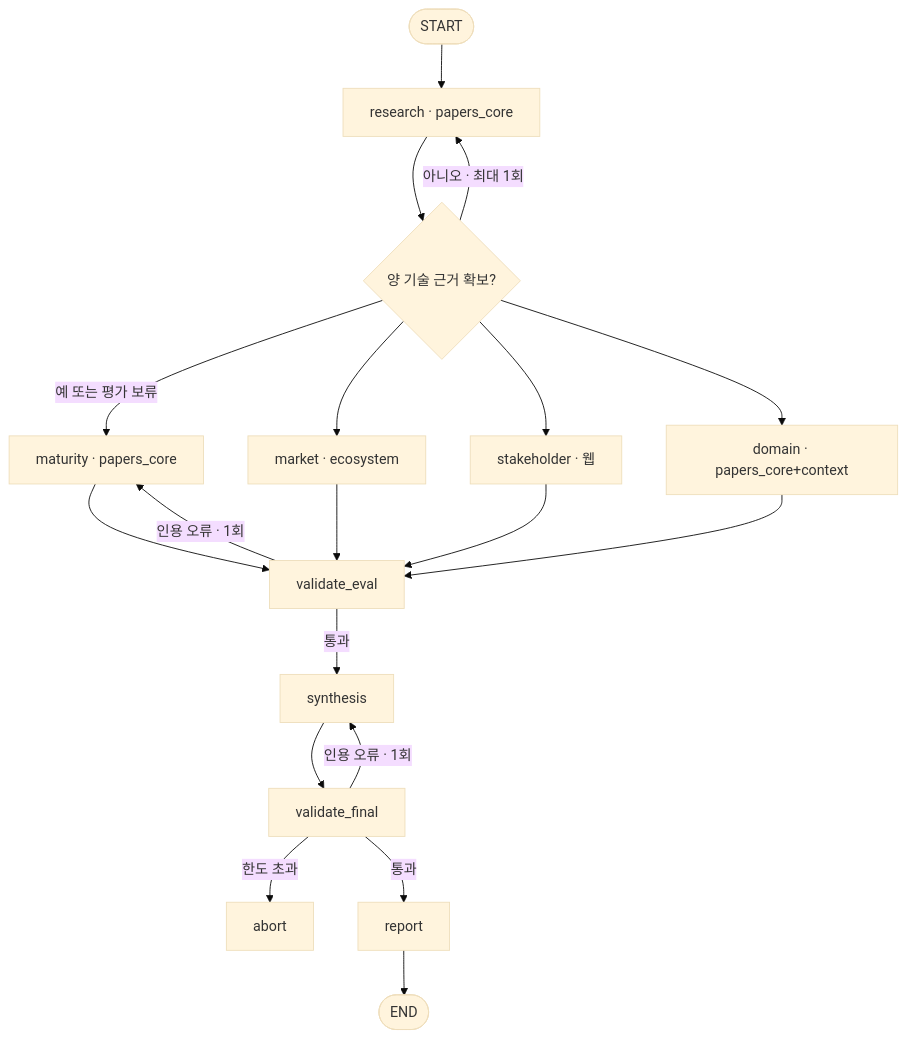
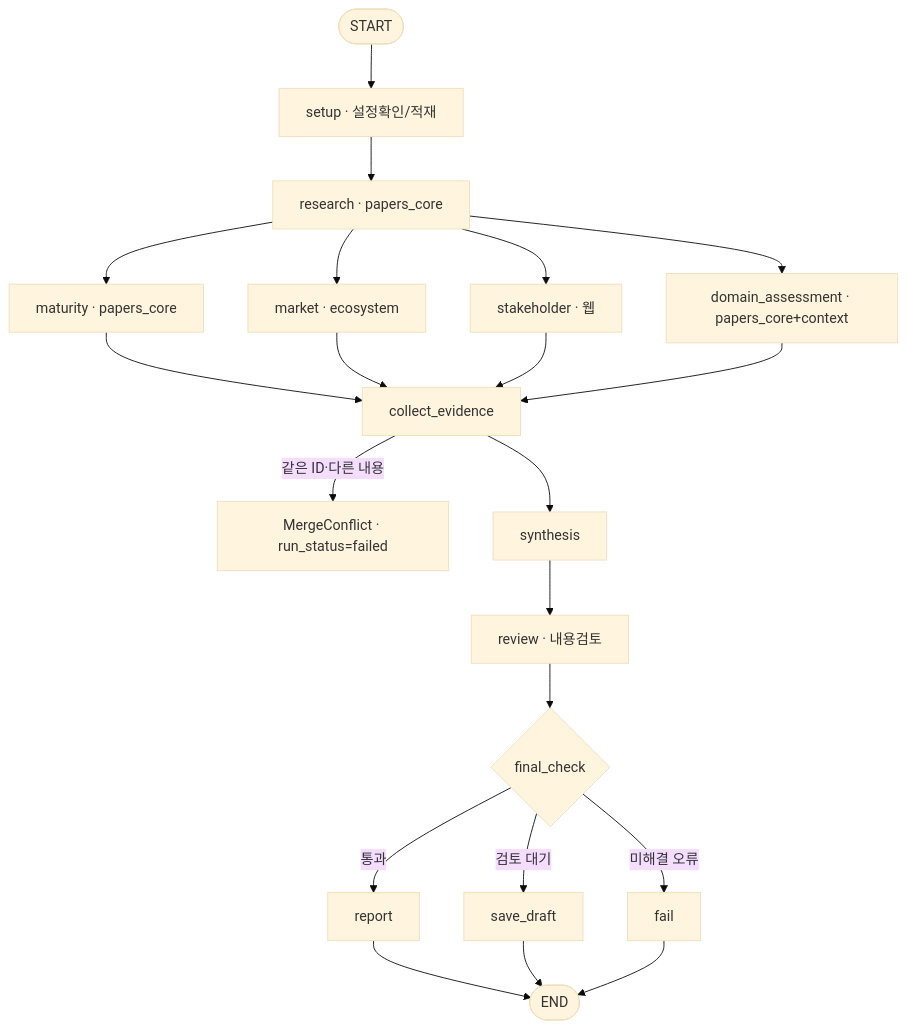
One commit to MK513/kv-cache-rag changed the diagram in README.md. Above: the diagram before and after it, drawn with Mermaid (base theme). The commit also changed other lines of this file and 32 other files, not shown here.

First line of the commit message:
feat: 공용 schema · State 14필드 · 그래프 재배선 · run_id 실행 제어 (#5)

````diff
--- a/README.md
+++ b/README.md
@@ -44,21 +53,20 @@
 ```mermaid
 flowchart TD
-  S([START]) --> R[research · papers_core]
-  R --> C{양 기술 근거 확보?}
-  C -->|아니오 · 최대 1회| R
-  C -->|예 또는 평가 보류| T[maturity · papers_core]
-  C --> M[market · ecosystem]
-  C --> K[stakeholder · 웹]
-  C --> P[domain · papers_core+context]
-  T --> V1[validate_eval]
-  M --> V1
-  K --> V1
-  P --> V1
-  V1 -->|인용 오류 · 1회| T
-  V1 -->|통과| Y[synthesis]
-  Y --> V2[validate_final]
-  V2 -->|인용 오류 · 1회| Y
-  V2 -->|한도 초과| X[abort]
-  V2 -->|통과| G[report]
-  G --> E([END])
+  S([START]) --> U[setup · 설정확인/적재]
+  U --> R[research · papers_core]
+  R --> T[maturity · papers_core]
+  R --> M[market · ecosystem]
+  R --> K[stakeholder · 웹]
+  R --> P[domain_assessment · papers_core+context]
+  T --> C[collect_evidence]
+  M --> C
+  K --> C
+  P --> C
+  C -->|같은 ID·다른 내용| Z[MergeConflict · run_status=failed]
+  C --> Y[synthesis]
+  Y --> V[review · 내용검토]
+  V --> F{final_check}
+  F -->|통과| G[report] --> E([END])
+  F -->|검토 대기| D[save_draft] --> E
+  F -->|미해결 오류| X[fail] --> E
 ```
````
